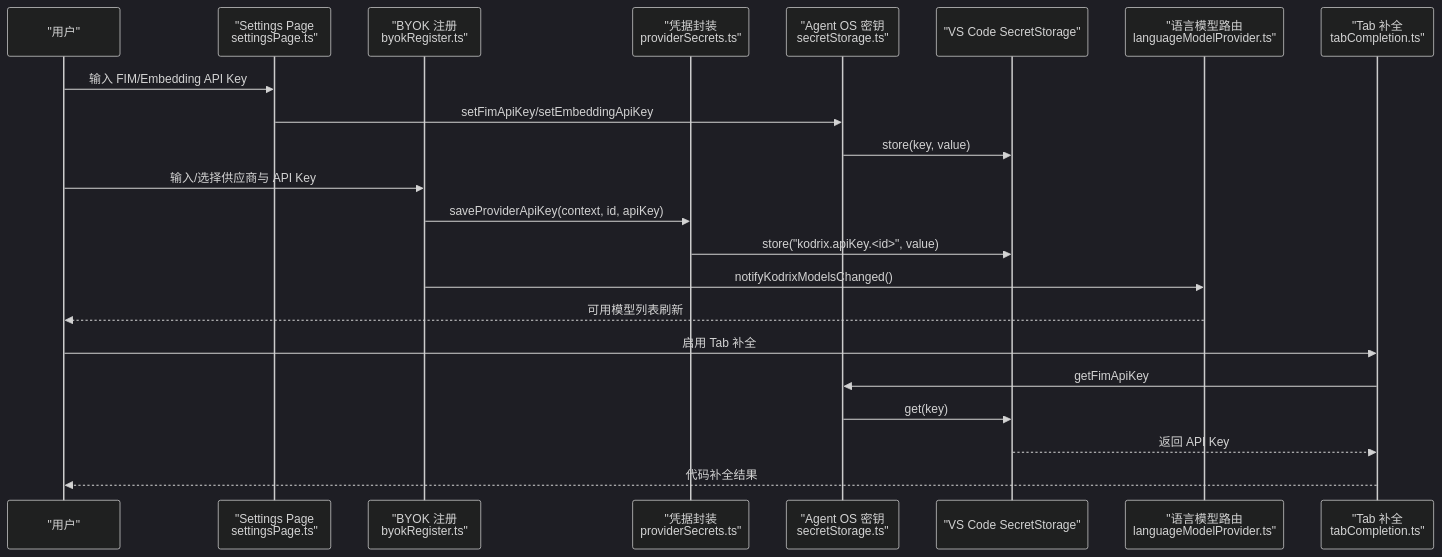
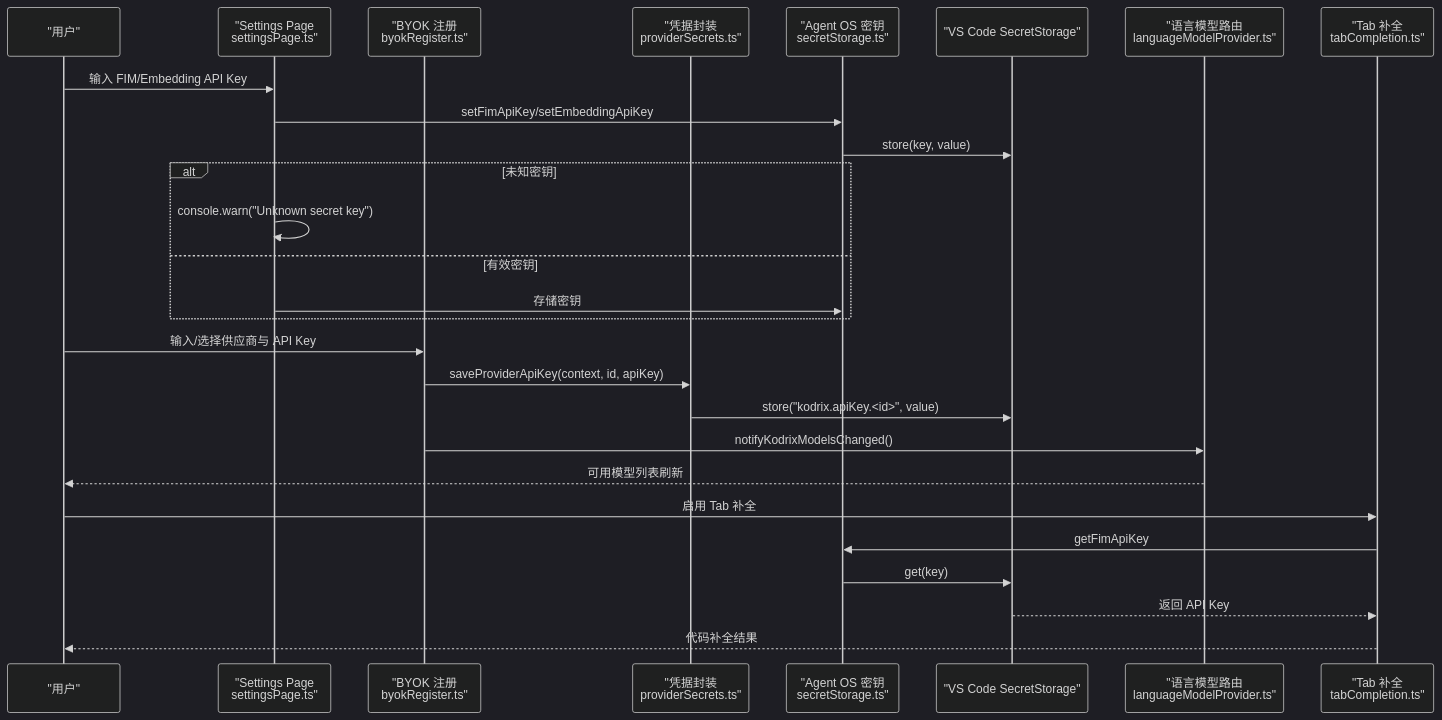
One commit to sofate798/KodrixCode changed the second of 11 diagrams in .qoder/repowiki/zh/content/本地集成/模型供应商管理/凭据安全管理.md. Above: the diagram before and after it, drawn with Mermaid (dark theme). The commit also changed other lines of this file and 12 other files, not shown here.

````diff
--- a/.qoder/repowiki/zh/content/本地集成/模型供应商管理/凭据安全管理.md
+++ b/.qoder/repowiki/zh/content/本地集成/模型供应商管理/凭据安全管理.md
@@ -116,24 +117,29 @@
 ```mermaid
 sequenceDiagram
 participant User as "用户"
 participant UI as "Settings Page<br/>settingsPage.ts"
 participant Register as "BYOK 注册<br/>byokRegister.ts"
 participant Secrets as "凭据封装<br/>providerSecrets.ts"
 participant AgentSecrets as "Agent OS 密钥<br/>secretStorage.ts"
 participant VS as "VS Code SecretStorage"
 participant LM as "语言模型路由<br/>languageModelProvider.ts"
 participant TC as "Tab 补全<br/>tabCompletion.ts"
 User->>UI : 输入 FIM/Embedding API Key
 UI->>AgentSecrets : setFimApiKey/setEmbeddingApiKey
 AgentSecrets->>VS : store(key, value)
+alt 未知密钥
+UI->>UI : console.warn("Unknown secret key")
+else 有效密钥
+UI->>AgentSecrets : 存储密钥
+end
 User->>Register : 输入/选择供应商与 API Key
 Register->>Secrets : saveProviderApiKey(context, id, apiKey)
 Secrets->>VS : store("kodrix.apiKey.<id>", value)
 Register->>LM : notifyKodrixModelsChanged()
 LM-->>User : 可用模型列表刷新
 User->>TC : 启用 Tab 补全
 TC->>AgentSecrets : getFimApiKey
 AgentSecrets->>VS : get(key)
 VS-->>TC : 返回 API Key
 TC-->>User : 代码补全结果
 ```
````
